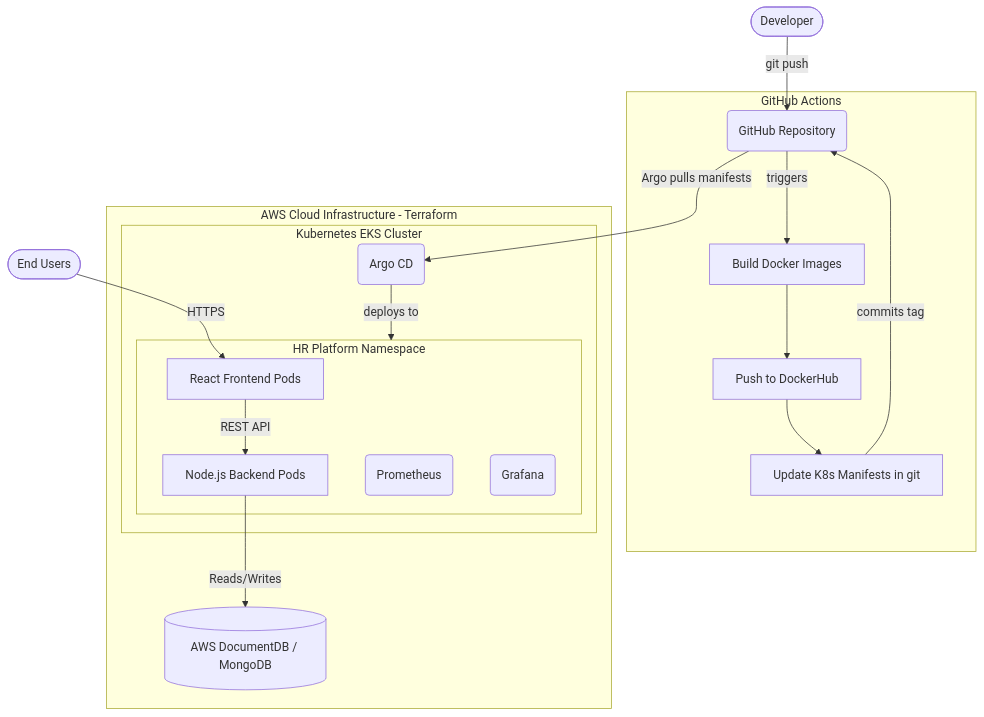
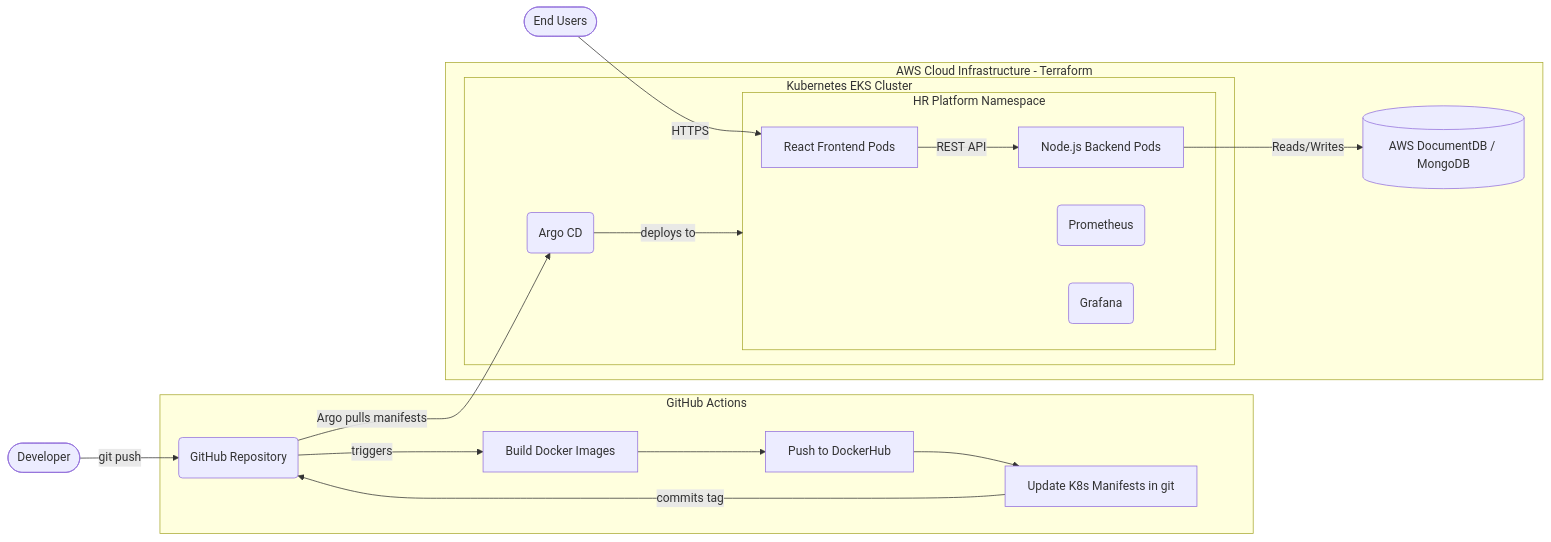
The diagram in README.md (Jeffrin2005/HR-Devops-Practice), drawn with Mermaid before and after one commit.

Commit message:
Update architecture diagram to Left-to-Right orientation

````diff
--- a/README.md
+++ b/README.md
@@ -7,34 +7,34 @@
 ```mermaid
-graph TD
+graph LR
     Developer([Developer]) -->|git push| GitHub(GitHub Repository)
     
     subgraph CI Pipeline [GitHub Actions]
         GitHub -->|triggers| Build[Build Docker Images]
         Build --> Push[Push to DockerHub]
         Push --> UpdateManifest[Update K8s Manifests in git]
         UpdateManifest -->|commits tag| GitHub
     end
 
     subgraph AWS Cloud [AWS Cloud Infrastructure - Terraform]
         subgraph EKS Cluster [Kubernetes EKS Cluster]
             ArgoCD(Argo CD)
             
             subgraph hr-namespace [HR Platform Namespace]
                 Frontend[React Frontend Pods]
                 Backend[Node.js Backend Pods]
                 Prometheus(Prometheus)
                 Grafana(Grafana)
             end
             
             Frontend -->|REST API| Backend
         end
         
         DocDB[(AWS DocumentDB / MongoDB)]
         Backend -->|Reads/Writes| DocDB
     end
     
     GitHub -->|Argo pulls manifests| ArgoCD
     ArgoCD -->|deploys to| hr-namespace
     
     User([End Users]) -->|HTTPS| Frontend
 ```
````
